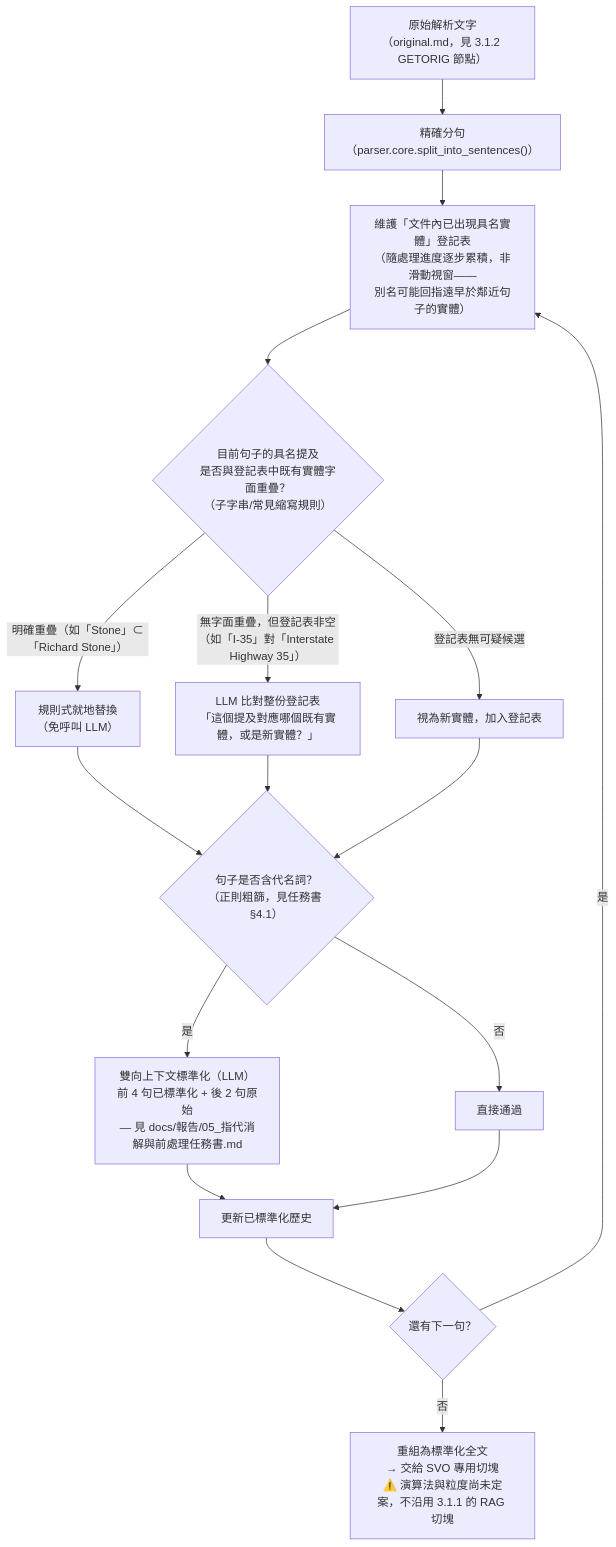
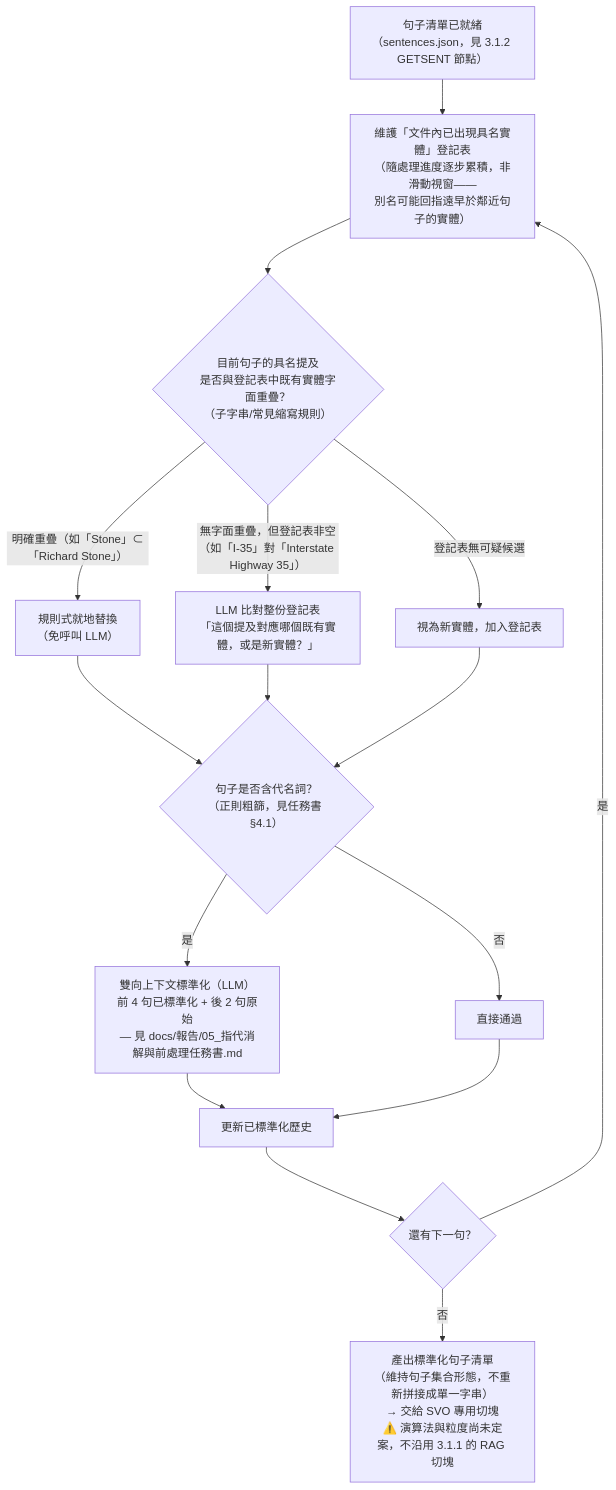
One commit to Chester930/world-knowledge-graph-rag changed the ninth of 12 diagrams in docs/論文/03_系統設計與方法論.md. Above: the diagram before and after it, drawn with Mermaid. The commit also changed other lines of this file and 6 other files, not shown here.

First line of the commit message:
feat(ingestion): 3.1.1 順手存句子切分索引 sentences.json，3.1.2 改查句子清單而非原文

````diff
--- a/docs/論文/03_系統設計與方法論.md
+++ b/docs/論文/03_系統設計與方法論.md
@@ -321,24 +324,23 @@
 ```mermaid
 flowchart TD
-    RAW["原始解析文字<br/>（original.md，見 3.1.2 GETORIG 節點）"] --> SPLIT["精確分句<br/>（parser.core.split_into_sentences()）"]
-    SPLIT --> REGISTRY["維護「文件內已出現具名實體」登記表<br/>（隨處理進度逐步累積，非滑動視窗——<br/>別名可能回指遠早於鄰近句子的實體）"]
+    RAW["句子清單已就緒<br/>（sentences.json，見 3.1.2 GETSENT 節點）"] --> REGISTRY["維護「文件內已出現具名實體」登記表<br/>（隨處理進度逐步累積，非滑動視窗——<br/>別名可能回指遠早於鄰近句子的實體）"]
 
     REGISTRY --> ALIASCHECK{"目前句子的具名提及<br/>是否與登記表中既有實體字面重疊？<br/>（子字串/常見縮寫規則）"}
     ALIASCHECK -->|"明確重疊（如「Stone」⊂「Richard Stone」）"| ALIASRULE["規則式就地替換<br/>（免呼叫 LLM）"]
     ALIASCHECK -->|"無字面重疊，但登記表非空<br/>（如「I-35」對「Interstate Highway 35」）"| ALIASLLM["LLM 比對整份登記表<br/>「這個提及對應哪個既有實體，或是新實體？」"]
     ALIASCHECK -->|"登記表無可疑候選"| NEWENT["視為新實體，加入登記表"]
 
     ALIASRULE --> PRONCHECK
     ALIASLLM --> PRONCHECK
     NEWENT --> PRONCHECK
 
     PRONCHECK{"句子是否含代名詞？<br/>（正則粗篩，見任務書 §4.1）"}
     PRONCHECK -->|是| PRONLLM["雙向上下文標準化（LLM）<br/>前 4 句已標準化 + 後 2 句原始<br/>— 見 docs/報告/05_指代消解與前處理任務書.md"]
     PRONCHECK -->|否| BYPASS["直接通過"]
 
     PRONLLM --> UPDATE["更新已標準化歷史"]
     BYPASS --> UPDATE
     UPDATE --> NEXT2{"還有下一句？"}
     NEXT2 -->|是| REGISTRY
-    NEXT2 -->|否| COMBINE["重組為標準化全文<br/>→ 交給 SVO 專用切塊<br/>⚠️ 演算法與粒度尚未定案，不沿用 3.1.1 的 RAG 切塊"]
+    NEXT2 -->|否| STDSENTS["產出標準化句子清單<br/>（維持句子集合形態，不重新拼接成單一字串）<br/>→ 交給 SVO 專用切塊<br/>⚠️ 演算法與粒度尚未定案，不沿用 3.1.1 的 RAG 切塊"]
 ```
````
